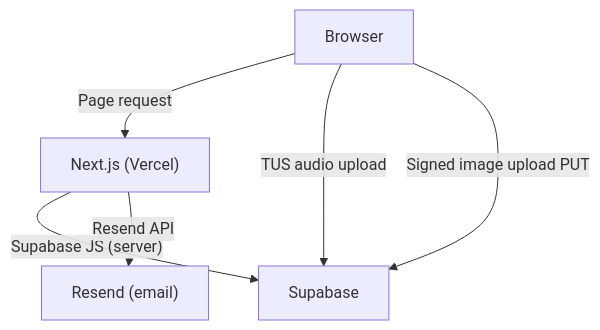
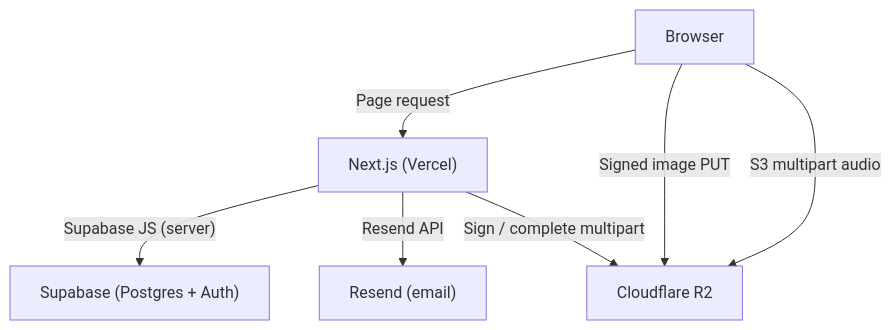
One commit to Neuroklast/mixing-mastering-stu changed the diagram in docs/architecture.md. Above: the diagram before and after it, drawn with Mermaid. The commit also changed other lines of this file and 32 other files, not shown here.

````diff
--- a/docs/architecture.md
+++ b/docs/architecture.md
@@ -25,13 +29,15 @@
 ```mermaid
 graph TD
     Browser["Browser"]
     NextJS["Next.js (Vercel)"]
-    Supabase["Supabase"]
+    Supabase["Supabase (Postgres + Auth)"]
+    R2["Cloudflare R2"]
     Resend["Resend (email)"]
 
     Browser -- "Page request" --> NextJS
     NextJS -- "Supabase JS (server)" --> Supabase
     NextJS -- "Resend API" --> Resend
-    Browser -- "TUS audio upload" --> Supabase
-    Browser -- "Signed image upload PUT" --> Supabase
+    Browser -- "Signed image PUT" --> R2
+    Browser -- "S3 multipart audio" --> R2
+    NextJS -- "Sign / complete multipart" --> R2
 ```
````
